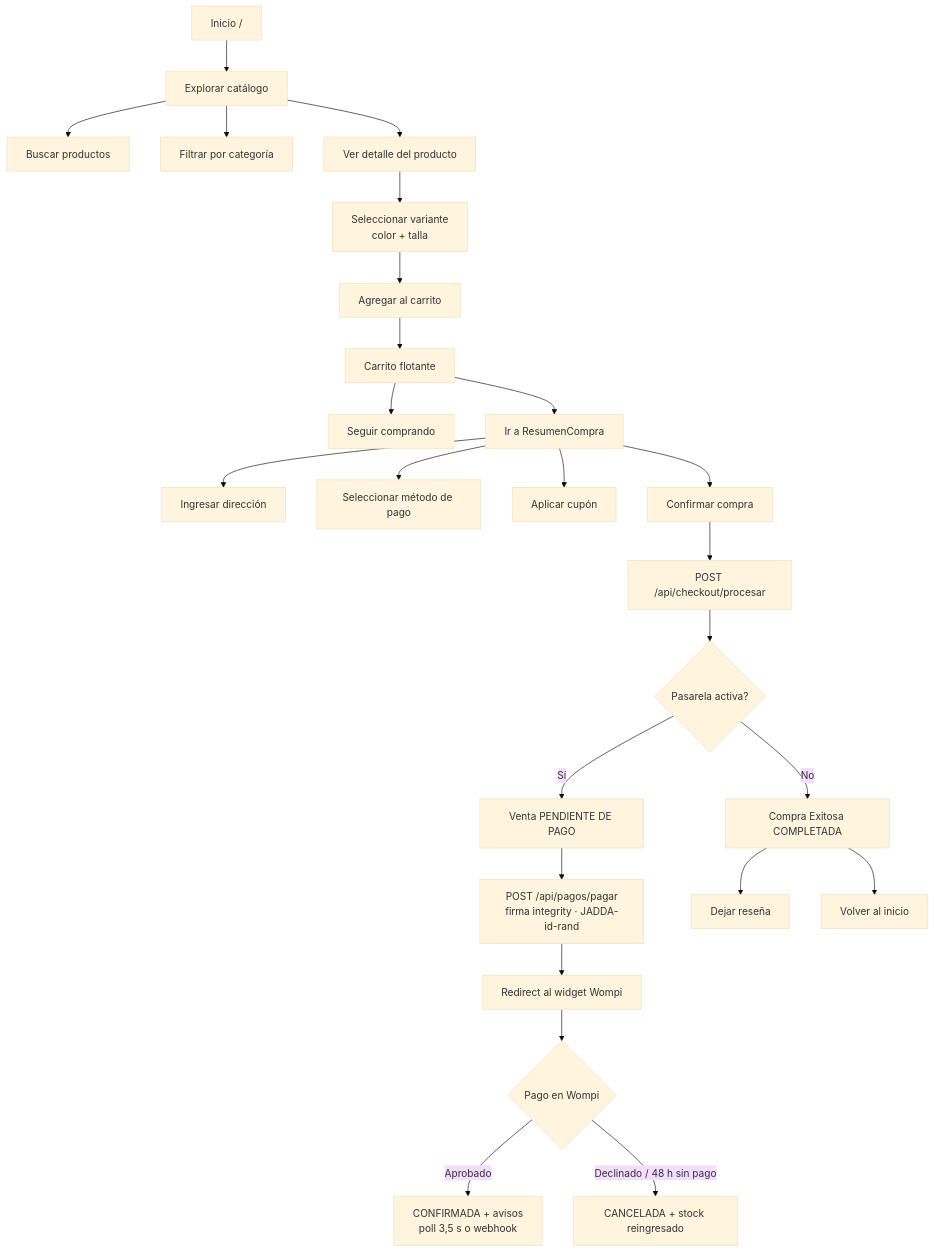
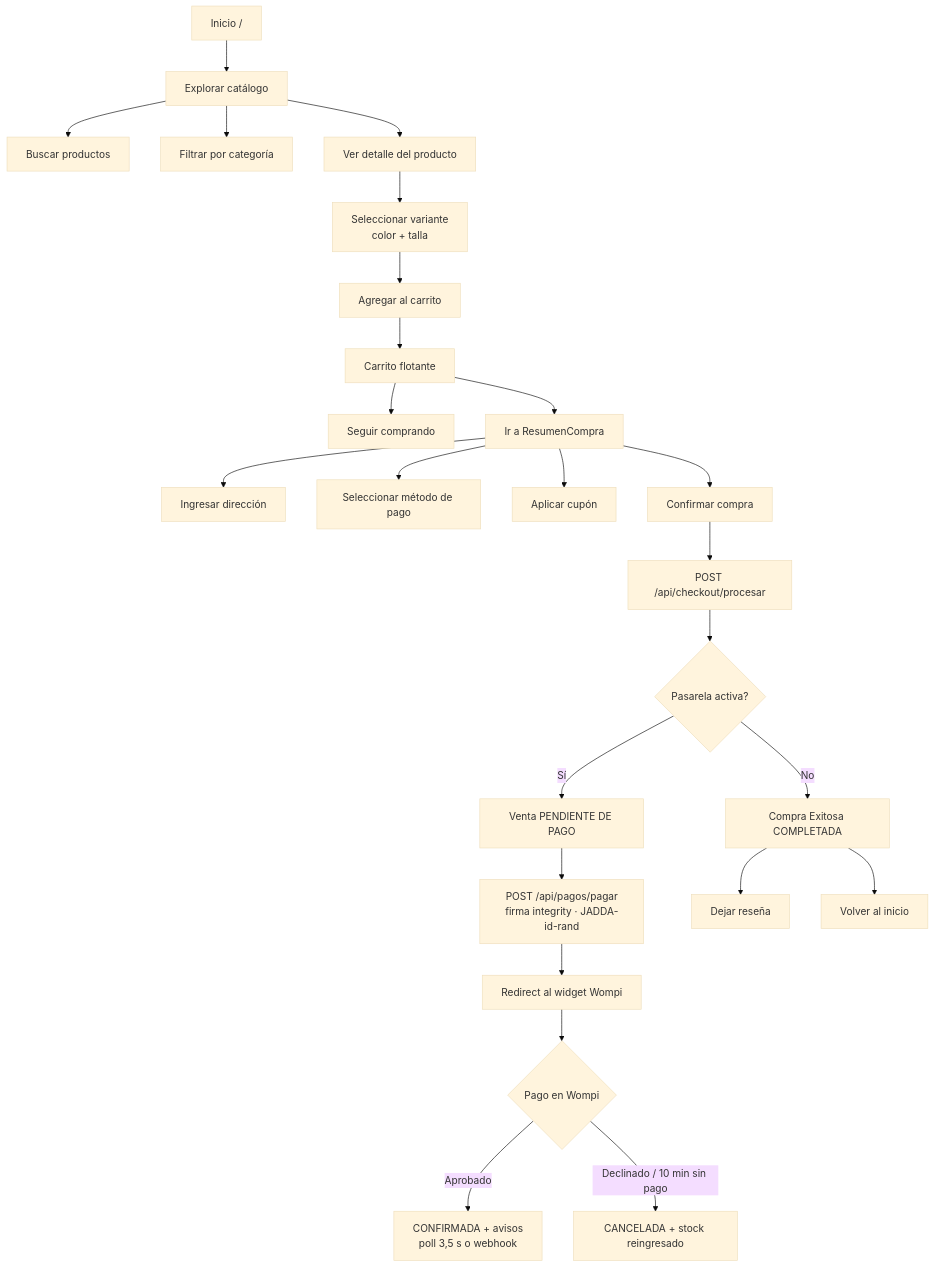
The second of 4 diagrams in docs/diagrams/flujos.md (yeisonfernandez2022-crypto/Jadda_Sports_React), drawn with Mermaid (base theme) before and after one commit. The commit also changed other lines of this file and 42 other files, not shown here.

````diff
--- a/docs/diagrams/flujos.md
+++ b/docs/diagrams/flujos.md
@@ -28,27 +28,27 @@
 ```mermaid
 flowchart TD
     A[Inicio /] --> B[Explorar catálogo]
     B --> C[Buscar productos]
     B --> D[Filtrar por categoría]
     B --> E[Ver detalle del producto]
     E --> F[Seleccionar variante<br/>color + talla]
     F --> G[Agregar al carrito]
     G --> H[Carrito flotante]
     H --> I[Seguir comprando]
     H --> J[Ir a ResumenCompra]
     J --> K[Ingresar dirección]
     J --> L[Seleccionar método de pago]
     J --> M[Aplicar cupón]
     J --> N[Confirmar compra]
     N --> O[POST /api/checkout/procesar]
     O --> G1{Pasarela activa?}
     G1 -->|No| P[Compra Exitosa COMPLETADA]
     G1 -->|Sí| G2[Venta PENDIENTE DE PAGO]
     G2 --> G3[POST /api/pagos/pagar<br/>firma integrity · JADDA-id-rand]
     G3 --> G4[Redirect al widget Wompi]
     G4 --> G5{Pago en Wompi}
     G5 -->|Aprobado| G6[CONFIRMADA + avisos<br/>poll 3,5 s o webhook]
-    G5 -->|Declinado / 48 h sin pago| G7[CANCELADA + stock reingresado]
+    G5 -->|Declinado / 10 min sin pago| G7[CANCELADA + stock reingresado]
     P --> Q[Dejar reseña]
     P --> R[Volver al inicio]
 ```
````
